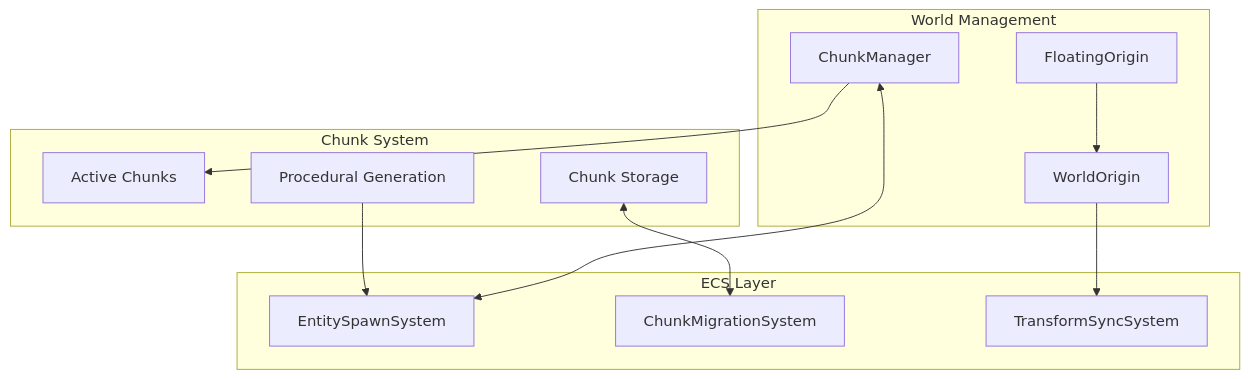
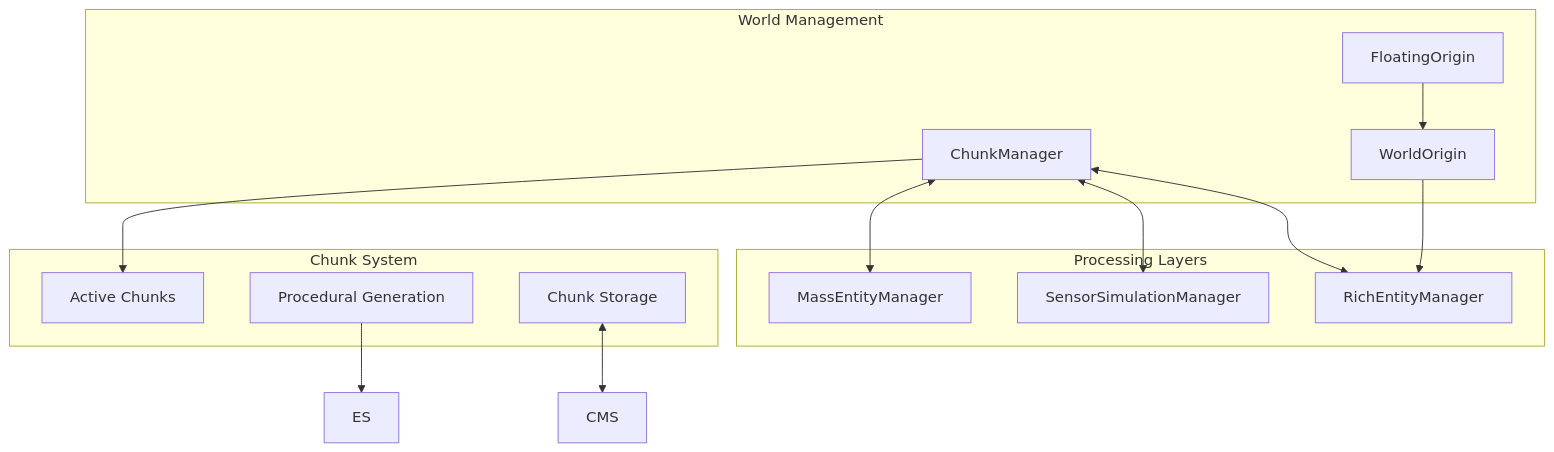
One commit to zephkelly/starfire changed the first of 8 diagrams in .obsidian/architecture/06-chunk-integration.md. Above: the diagram before and after it, drawn with Mermaid. The commit also changed other lines of this file and 27 other files, not shown here.

Commit message:
feat: update architecture docs to include modding system

````diff
--- a/.obsidian/architecture/06-chunk-integration.md
+++ b/.obsidian/architecture/06-chunk-integration.md
@@ -9,27 +11,29 @@
 ```mermaid
 flowchart TB
     subgraph World["World Management"]
         CM[ChunkManager]
         WO[WorldOrigin]
         FO[FloatingOrigin]
     end
 
-    subgraph ECS["ECS Layer"]
-        ES[EntitySpawnSystem]
-        CMS[ChunkMigrationSystem]
-        TRS[TransformSyncSystem]
+    subgraph Layers["Processing Layers"]
+        RICH[RichEntityManager]
+        SENSOR[SensorSimulationManager]
+        MASS[MassEntityManager]
     end
 
     subgraph Chunks["Chunk System"]
         AC[Active Chunks]
         PC[Procedural Generation]
         CS[Chunk Storage]
     end
 
-    CM <--> ES
-    WO --> TRS
+    CM <--> RICH
+    CM <--> SENSOR
+    CM <--> MASS
+    WO --> RICH
     FO --> WO
     CM --> AC
     PC --> ES
     CS <--> CMS
 ```
````
